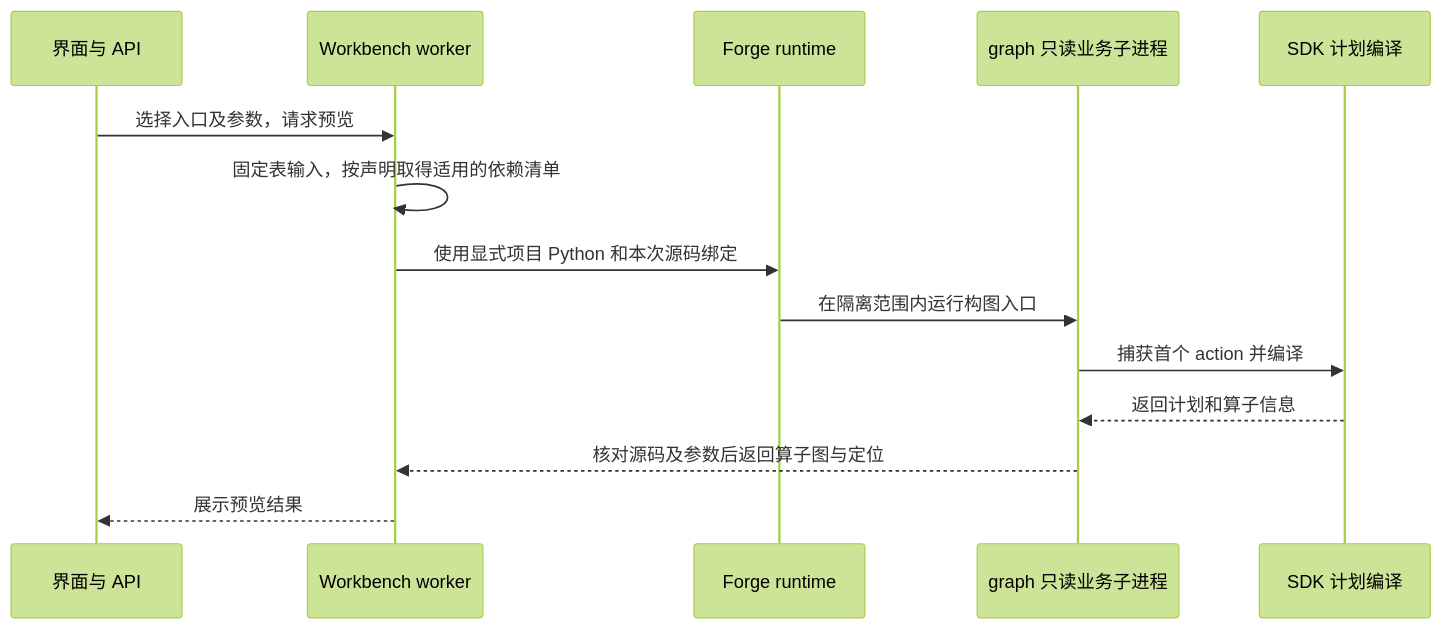
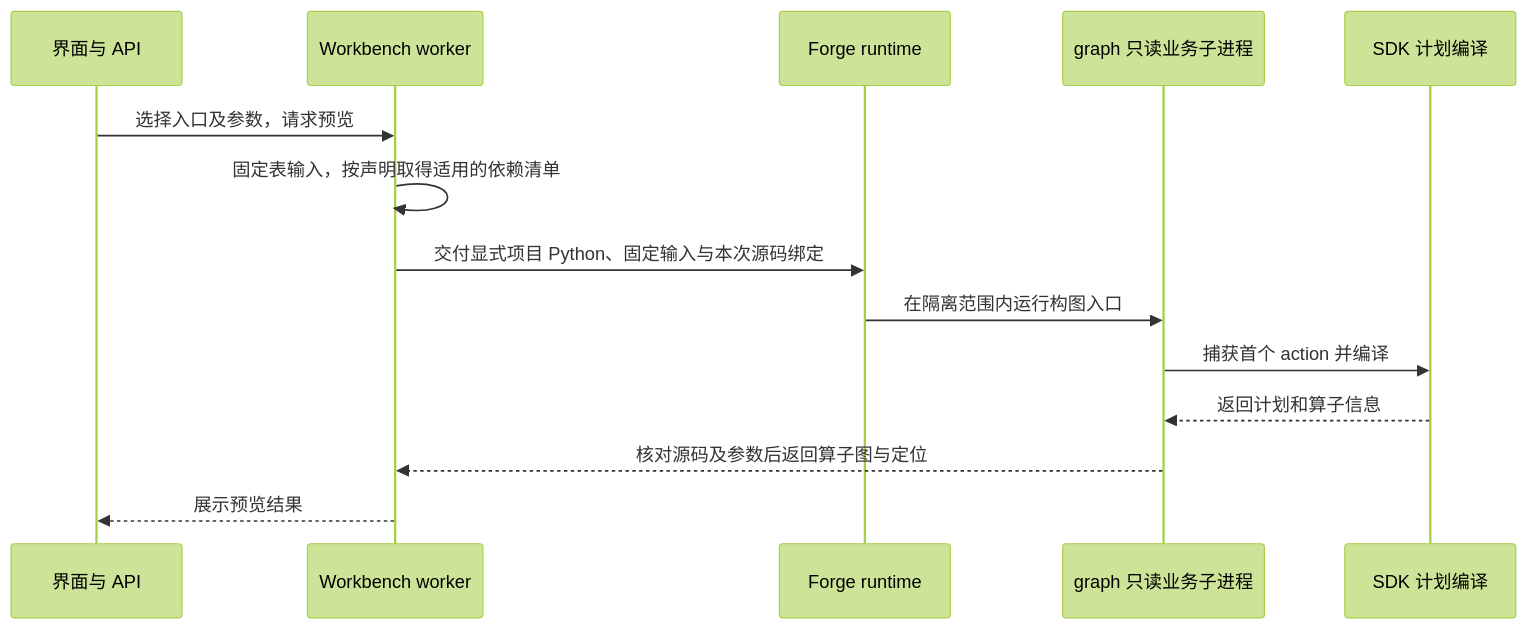
The eighth of 14 diagrams in docs/demiflow-architecture.md (vincent9299/demiflow), drawn with Mermaid (forest theme) before and after one commit. The commit also changed other lines of this file, not shown here.

Commit message:
Put inter-module contracts on sequence diagram messages

````diff
--- a/docs/demiflow-architecture.md
+++ b/docs/demiflow-architecture.md
@@ -307,16 +321,16 @@
 ```mermaid
 sequenceDiagram
     participant U as 界面与 API
     participant W as Workbench worker
     participant R as Forge runtime
     participant G as graph 只读业务子进程
     participant E as SDK 计划编译
     U->>W: 选择入口及参数，请求预览
     W->>W: 固定表输入，按声明取得适用的依赖清单
-    W->>R: 使用显式项目 Python 和本次源码绑定
+    W->>R: 交付显式项目 Python、固定输入与本次源码绑定
     R->>G: 在隔离范围内运行构图入口
     G->>E: 捕获首个 action 并编译
     E-->>G: 返回计划和算子信息
     G-->>W: 核对源码及参数后返回算子图与定位
     W-->>U: 展示预览结果
 ```
````
